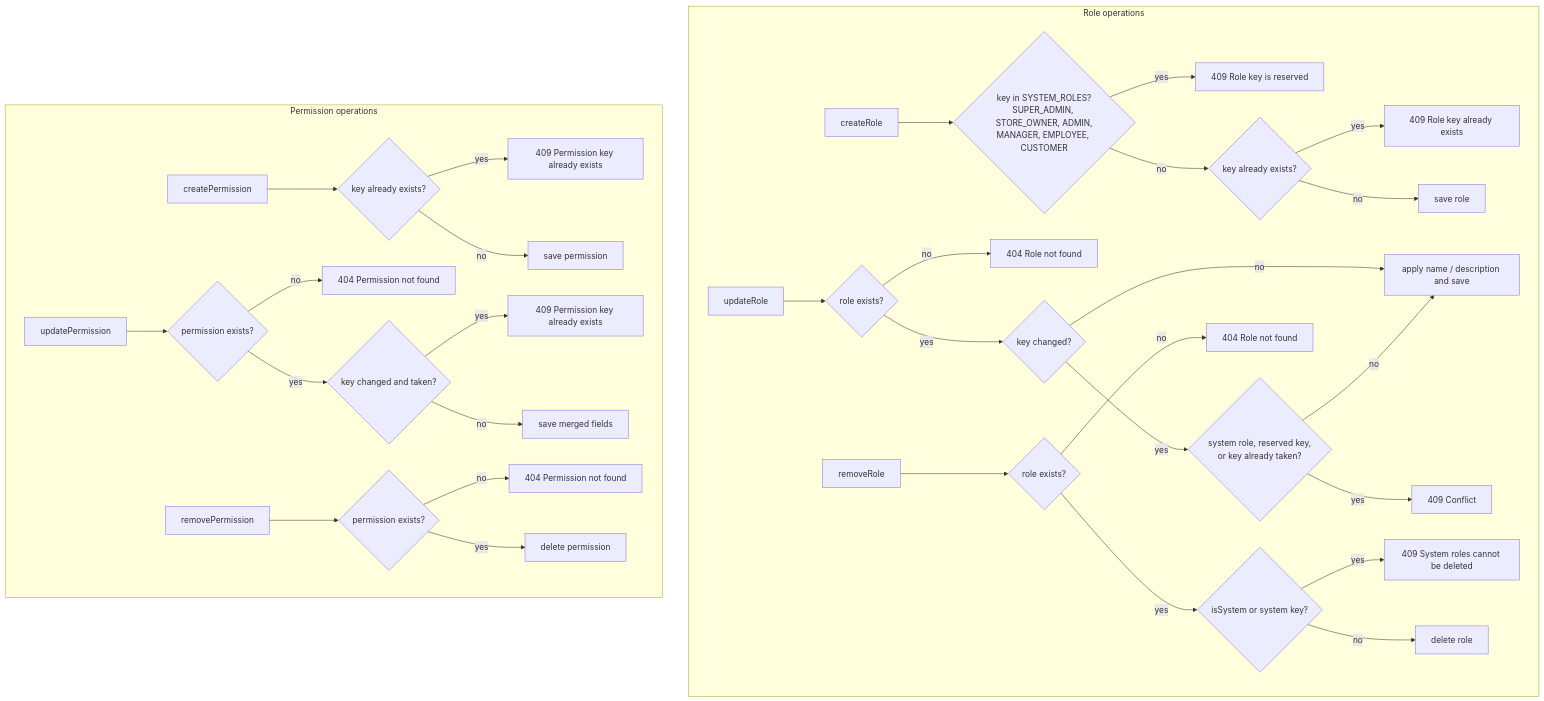
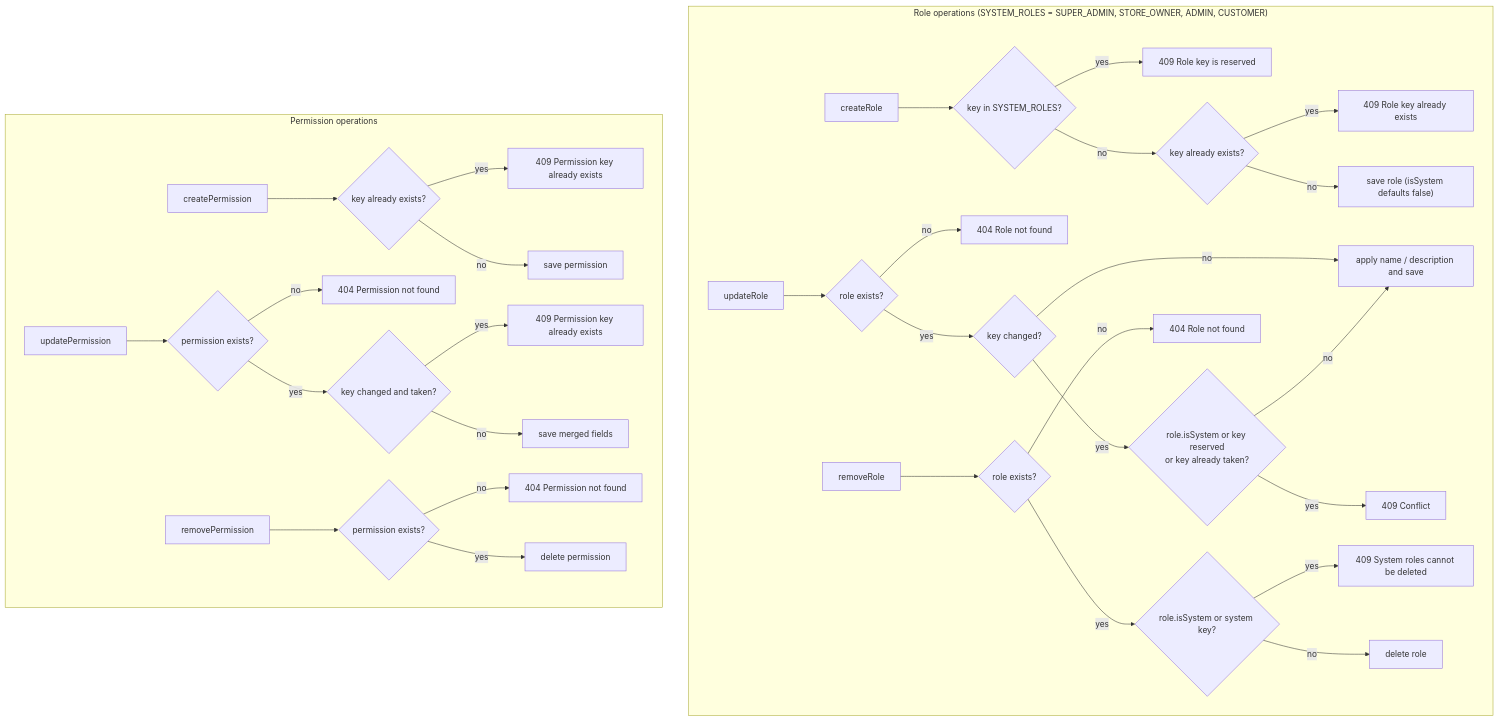
Before and after one commit to DevBassel/saas_commerce: the second of 4 diagrams in apps/api/src/modules/rbac/workflow.md, drawn with Mermaid. The commit also changed other lines of this file and 100 other files, not shown here.

````diff
--- a/apps/api/src/modules/rbac/workflow.md
+++ b/apps/api/src/modules/rbac/workflow.md
@@ -27,28 +30,28 @@
 ```mermaid
 flowchart TD
-    subgraph RROLE["Role operations"]
-        CR["createRole"] --> CR1{"key in SYSTEM_ROLES?<br/>SUPER_ADMIN, STORE_OWNER, ADMIN,<br/>MANAGER, EMPLOYEE, CUSTOMER"}
+    subgraph RROLE["Role operations (SYSTEM_ROLES = SUPER_ADMIN, STORE_OWNER, ADMIN, CUSTOMER)"]
+        CR["createRole"] --> CR1{"key in SYSTEM_ROLES?"}
         CR1 -->|"yes"| CR1E["409 Role key is reserved"]
         CR1 -->|"no"| CR2{"key already exists?"}
         CR2 -->|"yes"| CR2E["409 Role key already exists"]
-        CR2 -->|"no"| CR3["save role"]
+        CR2 -->|"no"| CR3["save role (isSystem defaults false)"]
         UR["updateRole"] --> UR1{"role exists?"} -->|"no"| UR1E["404 Role not found"]
         UR1 -->|"yes"| UR2{"key changed?"}
         UR2 -->|"no"| UR4["apply name / description and save"]
-        UR2 -->|"yes"| UR3{"system role, reserved key,<br/>or key already taken?"} -->|"yes"| UR3E["409 Conflict"]
+        UR2 -->|"yes"| UR3{"role.isSystem or key reserved<br/>or key already taken?"} -->|"yes"| UR3E["409 Conflict"]
         UR3 -->|"no"| UR4
         DR["removeRole"] --> DR1{"role exists?"} -->|"no"| DR1E["404 Role not found"]
-        DR1 -->|"yes"| DR2{"isSystem or system key?"} -->|"yes"| DR2E["409 System roles cannot be deleted"]
+        DR1 -->|"yes"| DR2{"role.isSystem or system key?"} -->|"yes"| DR2E["409 System roles cannot be deleted"]
         DR2 -->|"no"| DR3["delete role"]
     end
 
     subgraph RPERM["Permission operations"]
         CP["createPermission"] --> CP1{"key already exists?"} -->|"yes"| CP1E["409 Permission key already exists"]
         CP1 -->|"no"| CP2["save permission"]
         UP["updatePermission"] --> UP1{"permission exists?"} -->|"no"| UP1E["404 Permission not found"]
         UP1 -->|"yes"| UP2{"key changed and taken?"} -->|"yes"| UP2E["409 Permission key already exists"]
         UP2 -->|"no"| UP3["save merged fields"]
         DP["removePermission"] --> DP1{"permission exists?"} -->|"no"| DP1E["404 Permission not found"]
         DP1 -->|"yes"| DP2["delete permission"]
     end
 ```
````
